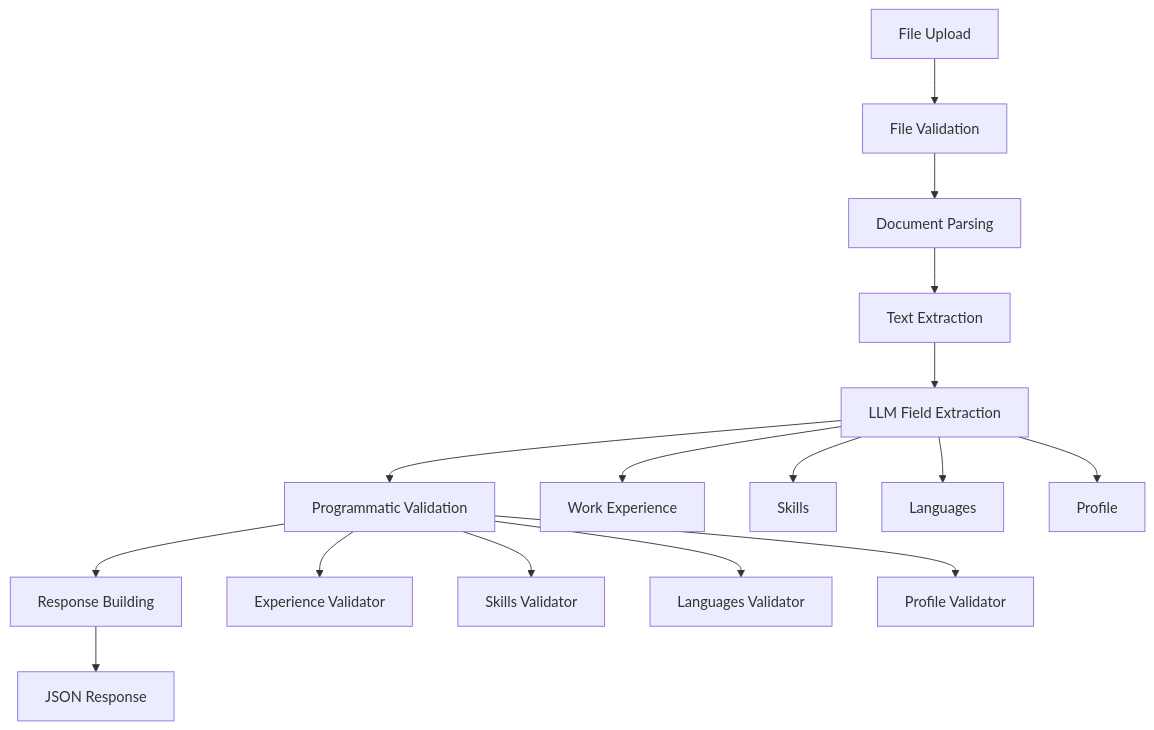
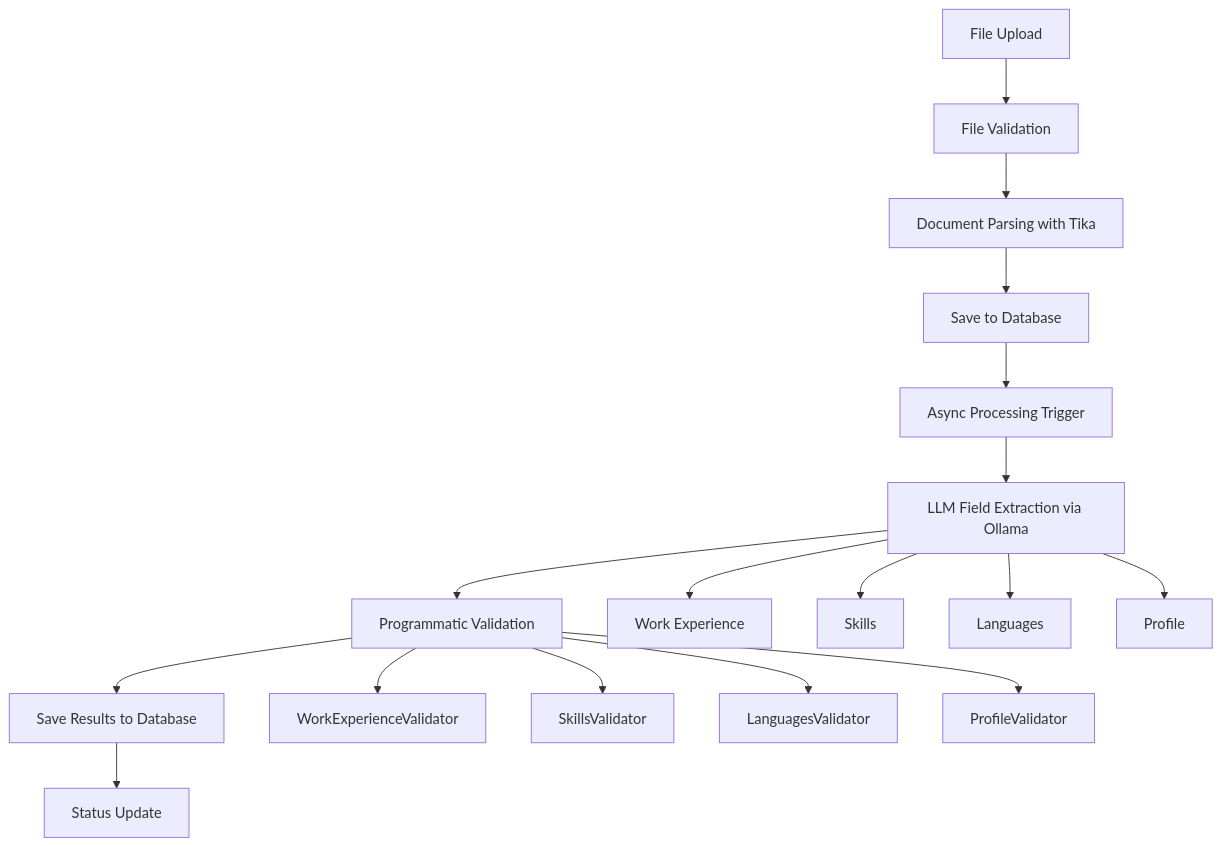
Before and after one commit to Plattensee6/cv-processor: the second of 2 diagrams in docs/design.md, drawn with Mermaid. The commit also changed other lines of this file and 18 other files, not shown here.

````diff
--- a/docs/design.md
+++ b/docs/design.md
@@ -189,20 +173,21 @@
 ```mermaid
 flowchart TD
     A[File Upload] --> B[File Validation]
-    B --> C[Document Parsing]
-    C --> D[Text Extraction]
-    D --> E[LLM Field Extraction]
-    E --> F[Programmatic Validation]
-    F --> G[Response Building]
-    G --> H[JSON Response]
+    B --> C[Document Parsing with Tika]
+    C --> D[Save to Database]
+    D --> E[Async Processing Trigger]
+    E --> F[LLM Field Extraction via Ollama]
+    F --> G[Programmatic Validation]
+    G --> H[Save Results to Database]
+    H --> I[Status Update]
     
-    E --> I[Work Experience]
-    E --> J[Skills]
-    E --> K[Languages]
-    E --> L[Profile]
+    F --> J[Work Experience]
+    F --> K[Skills]
+    F --> L[Languages]
+    F --> M[Profile]
     
-    F --> M[Experience Validator]
-    F --> N[Skills Validator]
-    F --> O[Languages Validator]
-    F --> P[Profile Validator]
+    G --> N[WorkExperienceValidator]
+    G --> O[SkillsValidator]
+    G --> P[LanguagesValidator]
+    G --> Q[ProfileValidator]
 ```
````
